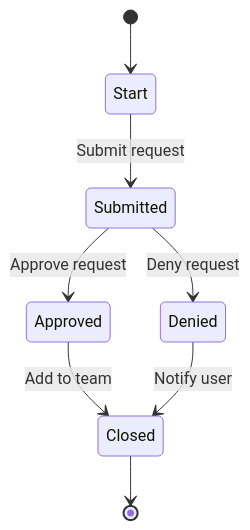
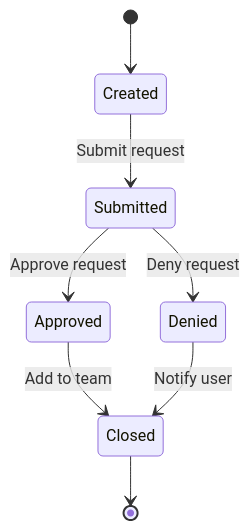
The diagram in docs/content/introduction/index.mdx (issue-ops/docs), drawn with Mermaid before and after one commit.

Commit message:
Change state name

````diff
--- a/docs/content/introduction/index.mdx
+++ b/docs/content/introduction/index.mdx
@@ -123,15 +123,15 @@
 ```mermaid
 stateDiagram-v2
-  1 : Start
+  1 : Created
   2 : Submitted
   3 : Approved
   4 : Denied
   5 : Closed
   [*] --> 1
   1 --> 2 : Submit request
   2 --> 3 : Approve request
   2 --> 4 : Deny request
   3 --> 5 : Add to team
   4 --> 5 : Notify user
   5 --> [*]
 ```
````
